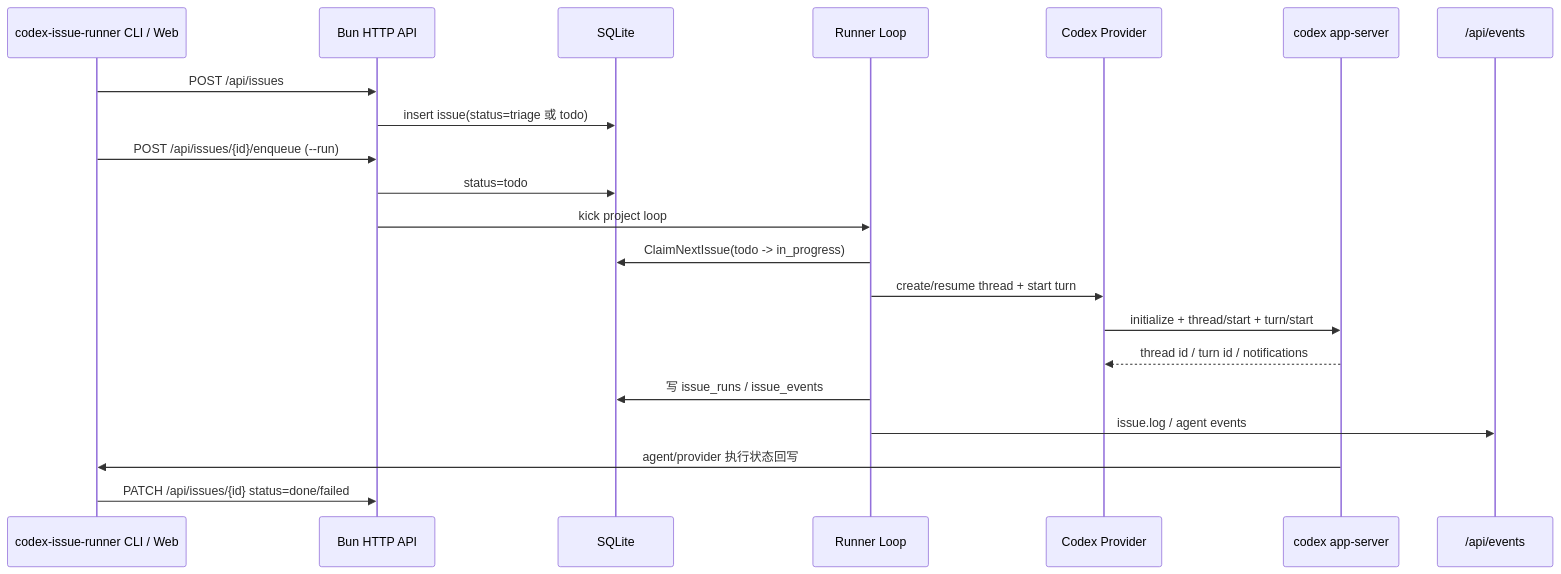
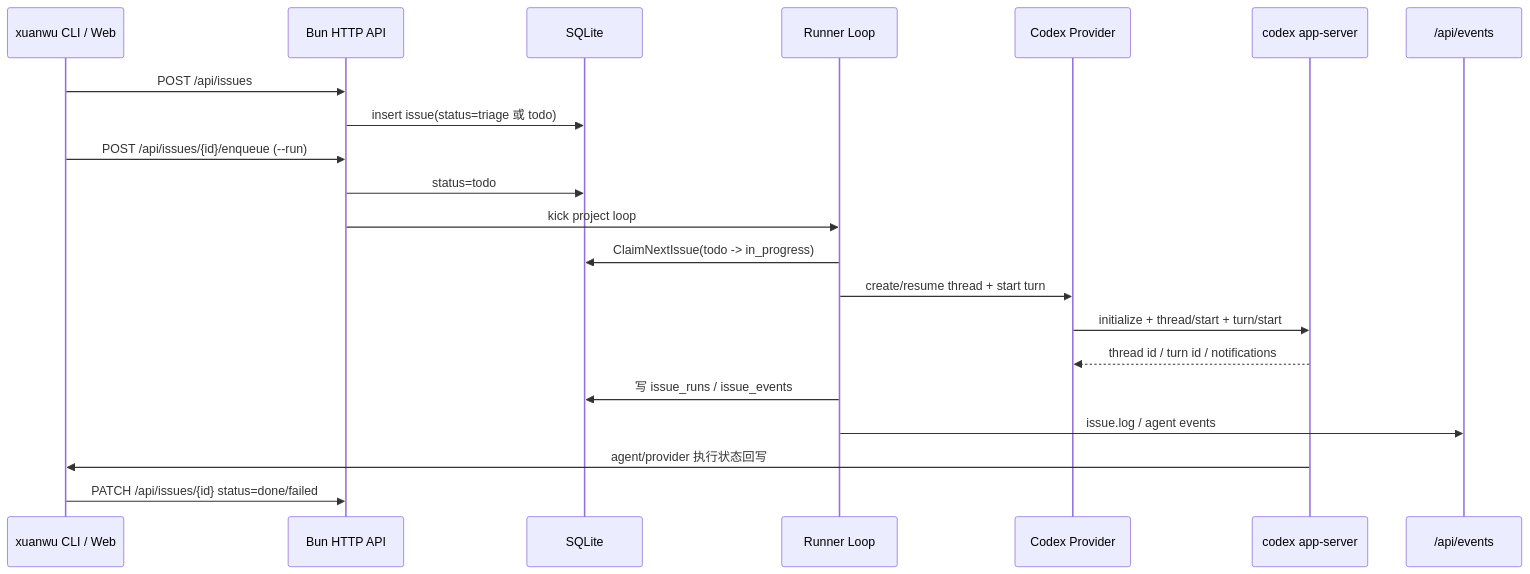
Before and after one commit to williamnie/xuanwu: the diagram in docs/codex-integration.md, drawn with Mermaid. The commit also changed other lines of this file and 392 other files, not shown here.

````diff
--- a/docs/codex-integration.md
+++ b/docs/codex-integration.md
@@ -74,24 +74,24 @@
 ```mermaid
 sequenceDiagram
-  participant CLI as codex-issue-runner CLI / Web
+  participant CLI as xuanwu CLI / Web
   participant API as Bun HTTP API
   participant DB as SQLite
   participant Runner as Runner Loop
   participant Provider as Codex Provider
   participant Codex as codex app-server
   participant SSE as /api/events
 
   CLI->>API: POST /api/issues
   API->>DB: insert issue(status=triage 或 todo)
   CLI->>API: POST /api/issues/{id}/enqueue (--run)
   API->>DB: status=todo
   API->>Runner: kick project loop
   Runner->>DB: ClaimNextIssue(todo -> in_progress)
   Runner->>Provider: create/resume thread + start turn
   Provider->>Codex: initialize + thread/start + turn/start
   Codex-->>Provider: thread id / turn id / notifications
   Runner->>DB: 写 issue_runs / issue_events
   Runner->>SSE: issue.log / agent events
   Codex->>CLI: agent/provider 执行状态回写
   CLI->>API: PATCH /api/issues/{id} status=done/failed
 ```
````
